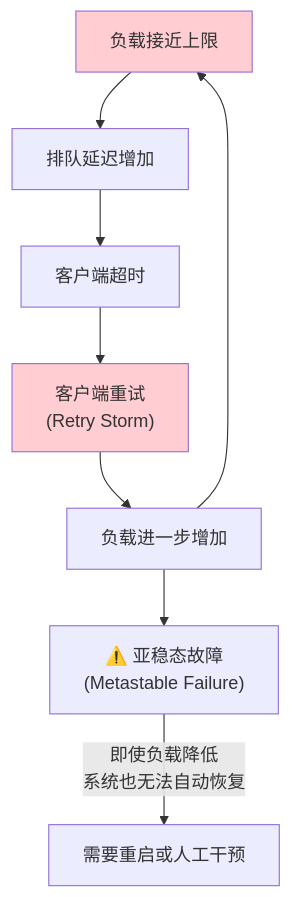
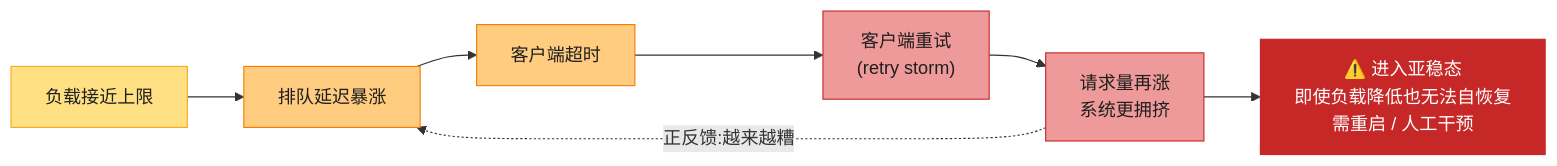
One commit to socoo123/ddia_2nd changed the seventh of 18 diagrams in ch02-定义非功能性需求.md. Above: the diagram before and after it, drawn with Mermaid. The commit also changed other lines of this file and 8 other files, not shown here.

First line of the commit message:
重写 ch01-ch09 读书笔记：风格统一 + 内容扩充 + 大量图表

````diff
--- a/ch02-定义非功能性需求.md
+++ b/ch02-定义非功能性需求.md
@@ -212,15 +251,21 @@
 ```mermaid
-graph TB
-    A["负载接近上限"] --> B["排队延迟增加"]
-    B --> C["客户端超时"]
-    C --> D["客户端重试<br/>(Retry Storm)"]
-    D --> E["负载进一步增加"]
-    E --> A
+flowchart LR
+    A["负载接近上限"]
+    B["排队延迟暴涨"]
+    C["客户端超时"]
+    D["客户端重试<br/>(retry storm)"]
+    E["请求量再涨<br/>系统更拥挤"]
 
-    style A fill:#FFCDD2
-    style D fill:#FFCDD2
+    A --> B --> C --> D --> E
+    E -.->|"正反馈:越来越糟"| B
 
-    F["⚠️ 亚稳态故障<br/>(Metastable Failure)"]
+    F["⚠️ 进入亚稳态<br/>即使负载降低也无法自恢复<br/>需重启 / 人工干预"]
     E --> F
-    F -->|"即使负载降低<br/>系统也无法自动恢复"| G["需要重启或人工干预"]
+
+    style A fill:#FFE082,stroke:#F9A825,color:#1f1f1f
+    style B fill:#FFCC80,stroke:#F57C00,color:#1f1f1f
+    style C fill:#FFCC80,stroke:#F57C00,color:#1f1f1f
+    style D fill:#EF9A9A,stroke:#C62828,color:#1f1f1f
+    style E fill:#EF9A9A,stroke:#C62828,color:#1f1f1f
+    style F fill:#C62828,stroke:#C62828,color:#FFFFFF
 ```
````
